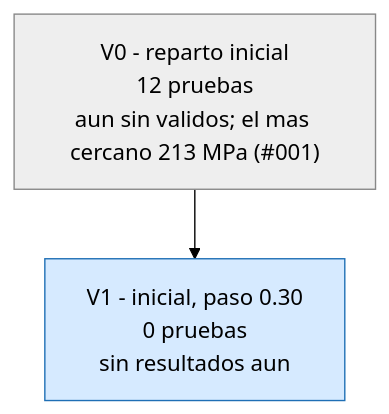
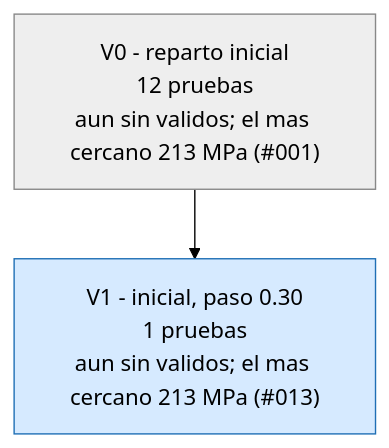
Before and after one commit to Hugiko/msd-soporte-optimizacion: the first of 3 diagrams in runs/opt_37800N/ARBOL.md, drawn with Mermaid (forest theme). The commit also changed 17 other files, not shown here.

````diff
--- a/runs/opt_37800N/ARBOL.md
+++ b/runs/opt_37800N/ARBOL.md
@@ -9,9 +9,9 @@
 ```mermaid
 graph TD
 classDef activa fill:#d6eaff,stroke:#1f6fb5,color:#000
 classDef fin fill:#eeeeee,stroke:#888,color:#000
 classDef mejor fill:#c8f0c0,stroke:#1a9850,stroke-width:4px,color:#000
 V0["V0 - reparto inicial<br/>12 pruebas<br/>aun sin validos; el mas cercano 213 MPa (#001)"]:::fin
-V1["V1 - inicial, paso 0.30<br/>0 pruebas<br/>sin resultados aun"]:::activa
+V1["V1 - inicial, paso 0.30<br/>1 pruebas<br/>aun sin validos; el mas cercano 213 MPa (#013)"]:::activa
 V0 --> V1
 ```
````
